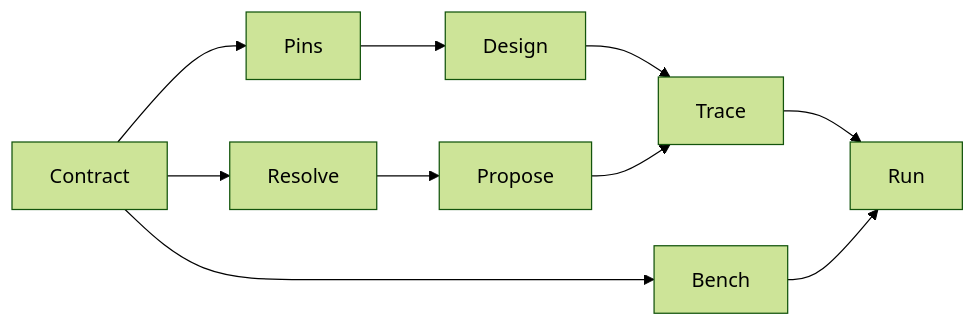
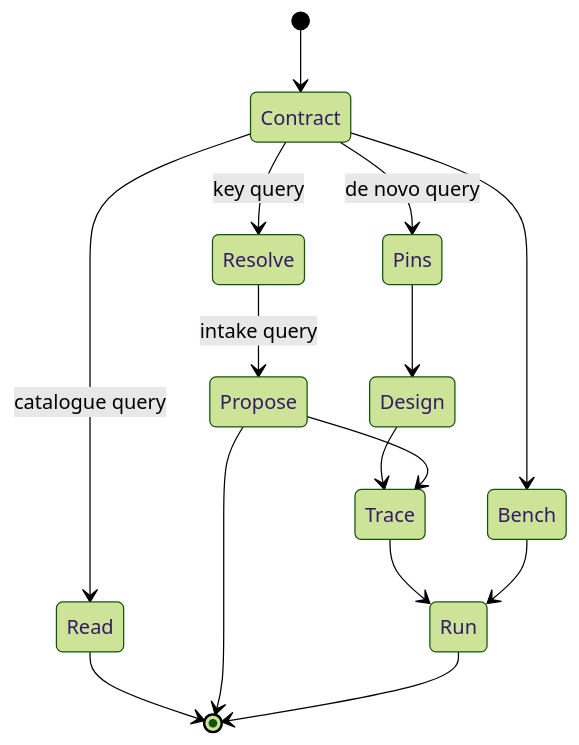
Before and after one commit to wetware-hq/catalog: the diagram in docs/read-repository.md, drawn with Mermaid (forest theme). The commit also changed other lines of this file and 10 other files, not shown here.

````diff
--- a/docs/read-repository.md
+++ b/docs/read-repository.md
@@ -53,6 +74,17 @@
 ```mermaid
-flowchart LR
-    C[Contract] --> P[Pins] --> D[Design] --> T[Trace] --> X[Run]
-    C --> K[Resolve] --> I[Propose] --> T
-    C --> B[Bench] --> X
+stateDiagram-v2
+    [*] --> Contract
+    Contract --> Read: catalogue query
+    Contract --> Resolve: key query
+    Resolve --> Propose: intake query
+    Contract --> Pins: de novo query
+    Pins --> Design
+    Design --> Trace
+    Propose --> Trace
+    Contract --> Bench
+    Trace --> Run
+    Bench --> Run
+    Read --> [*]
+    Propose --> [*]
+    Run --> [*]
 ```
````
